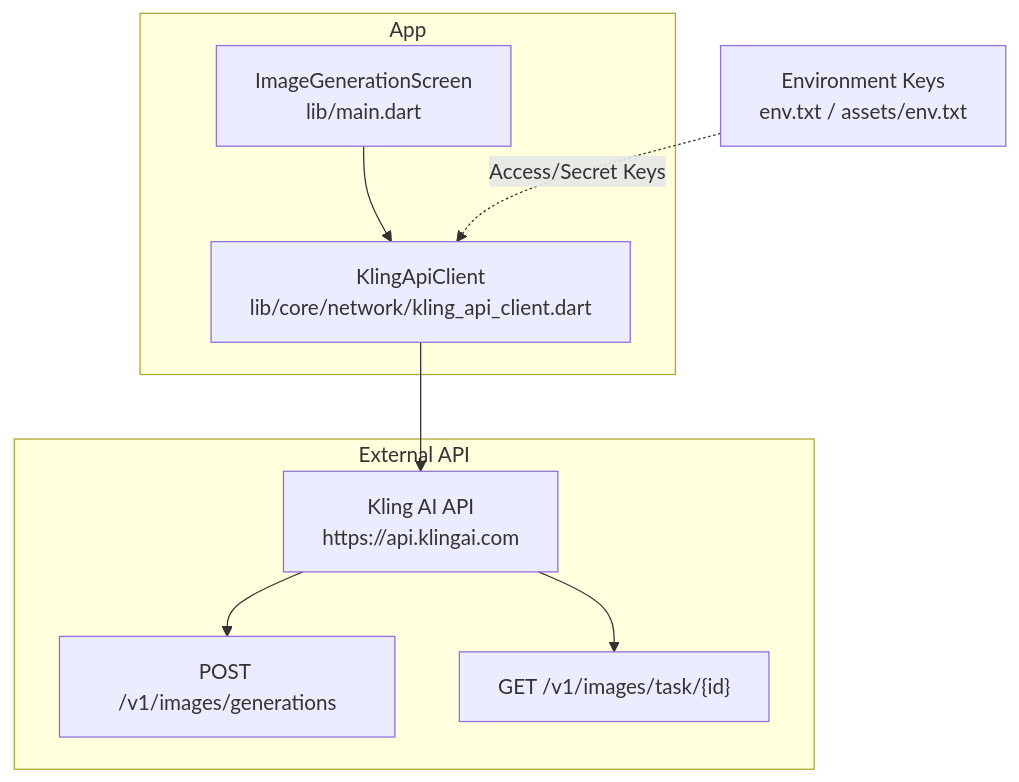
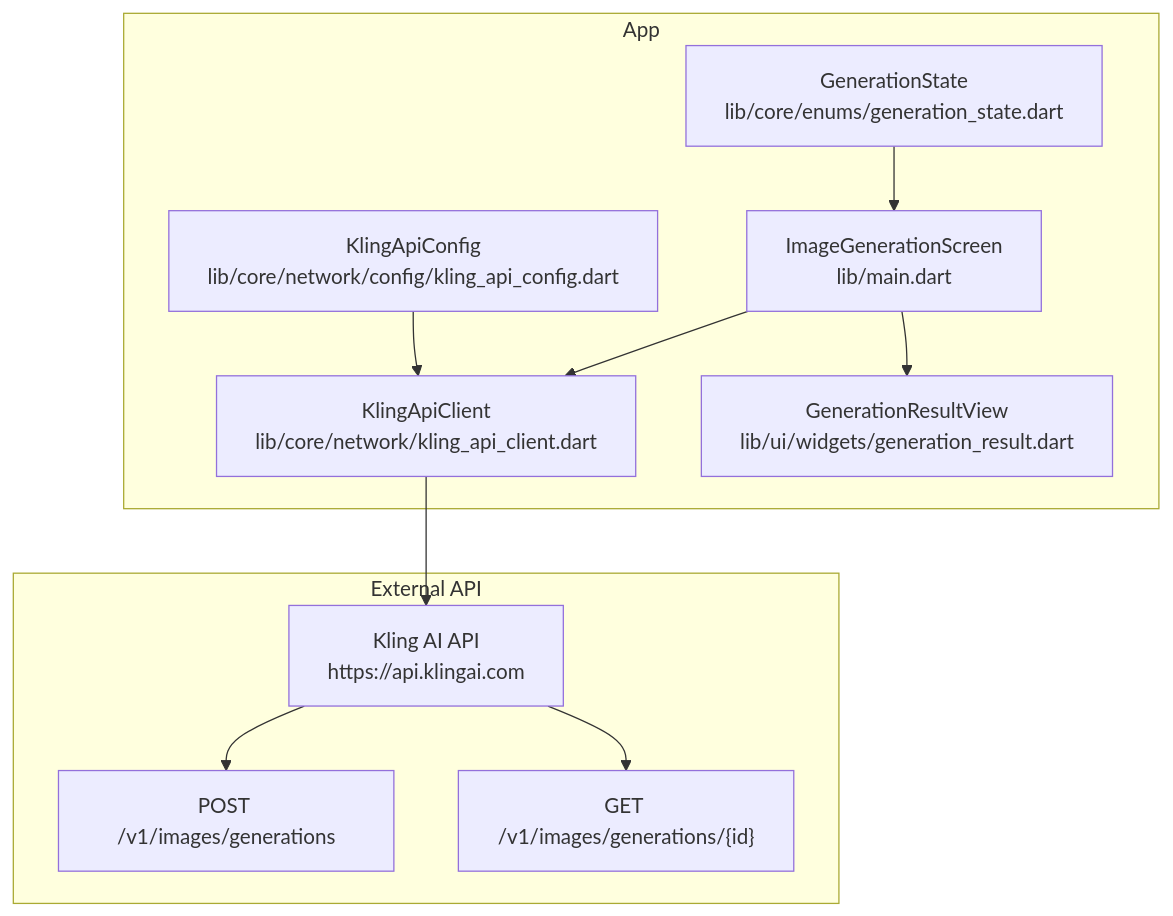
Before and after one commit to cripnail/kling_app: the first of 7 diagrams in .qoder/repowiki/en/content/API Integration.md, drawn with Mermaid. The commit also changed other lines of this file and 15 other files, not shown here.

````diff
--- a/.qoder/repowiki/en/content/API Integration.md
+++ b/.qoder/repowiki/en/content/API Integration.md
@@ -30,18 +40,22 @@
 ```mermaid
 graph TB
 subgraph "App"
 UI["ImageGenerationScreen<br/>lib/main.dart"]
 Client["KlingApiClient<br/>lib/core/network/kling_api_client.dart"]
+Config["KlingApiConfig<br/>lib/core/network/config/kling_api_config.dart"]
+Enums["GenerationState<br/>lib/core/enums/generation_state.dart"]
+Result["GenerationResultView<br/>lib/ui/widgets/generation_result.dart"]
 end
 subgraph "External API"
 API["Kling AI API<br/>https://api.klingai.com"]
 Gen["POST /v1/images/generations"]
-Task["GET /v1/images/task/{id}"]
+Task["GET /v1/images/generations/{id}"]
 end
-Env["Environment Keys<br/>env.txt / assets/env.txt"]
-UI --> Client
+Config --> Client
 Client --> API
 API --> Gen
 API --> Task
-Env -. "Access/Secret Keys" .-> Client
+UI --> Client
+UI --> Result
+Enums --> UI
 ```
````
